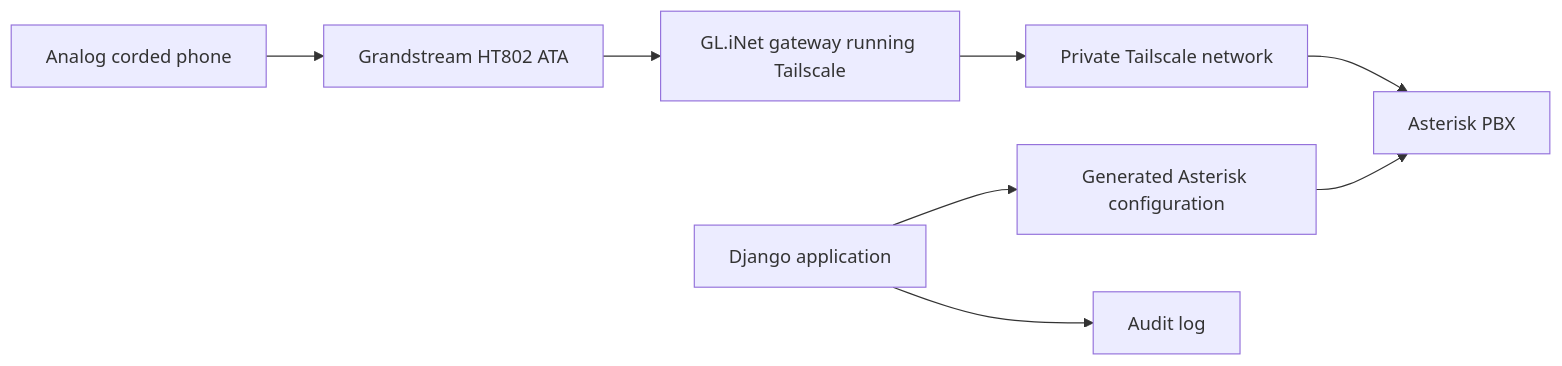
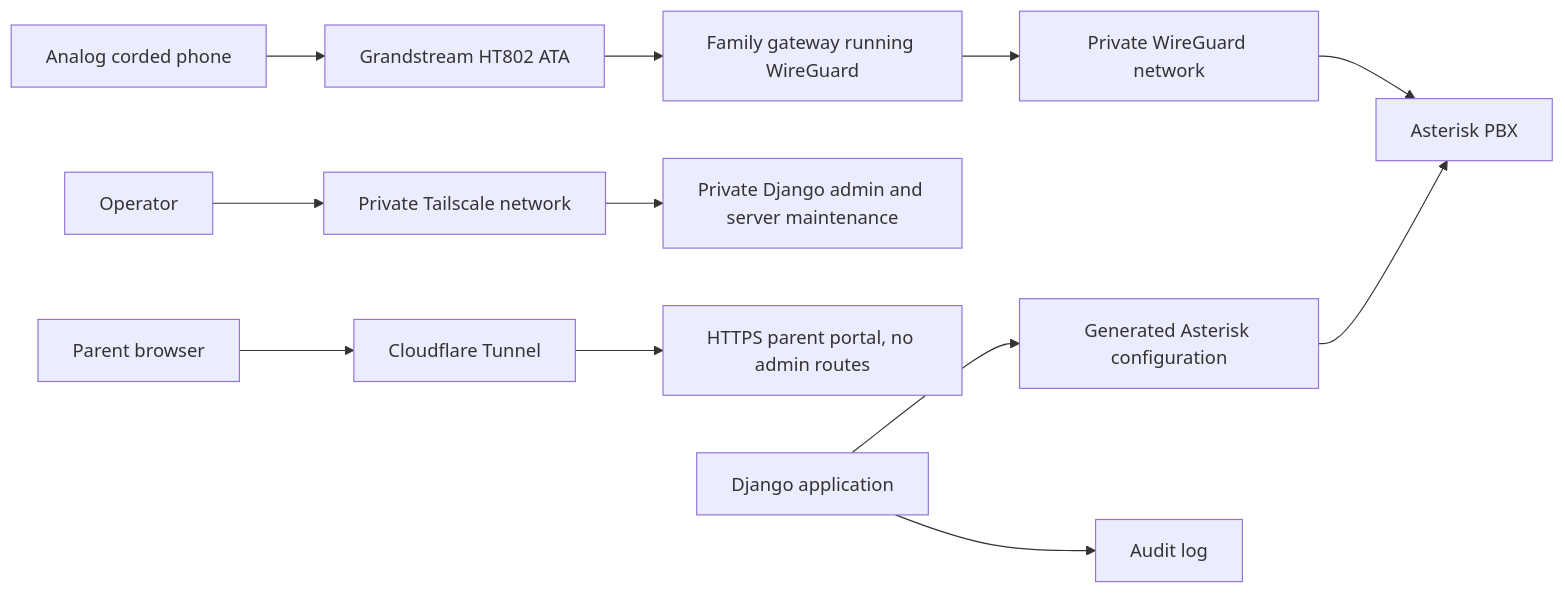
One commit to porchlab/frontporch changed the diagram in ARCHITECTURE.md. Above: the diagram before and after it, drawn with Mermaid. The commit also changed other lines of this file and 22 other files, not shown here.

Commit message:
Prepare isolated public portal behind Cloudflare Tunnel

````diff
--- a/ARCHITECTURE.md
+++ b/ARCHITECTURE.md
@@ -16,10 +16,14 @@
 ```mermaid
 flowchart LR
     Phone["Analog corded phone"] --> ATA["Grandstream HT802 ATA"]
-    ATA --> Gateway["GL.iNet gateway running Tailscale"]
-    Gateway --> Tailnet["Private Tailscale network"]
-    Tailnet --> Asterisk["Asterisk PBX"]
+    ATA --> Gateway["Family gateway running WireGuard"]
+    Gateway --> WireGuard["Private WireGuard network"]
+    WireGuard --> Asterisk["Asterisk PBX"]
+    Operator["Operator"] --> Tailscale["Private Tailscale network"]
+    Tailscale --> Admin["Private Django admin and server maintenance"]
+    Parent["Parent browser"] --> Tunnel["Cloudflare Tunnel"]
+    Tunnel --> Portal["HTTPS parent portal, no admin routes"]
     Django["Django application"] --> Config["Generated Asterisk configuration"]
     Config --> Asterisk
     Django --> Audit["Audit log"]
 ```
````
